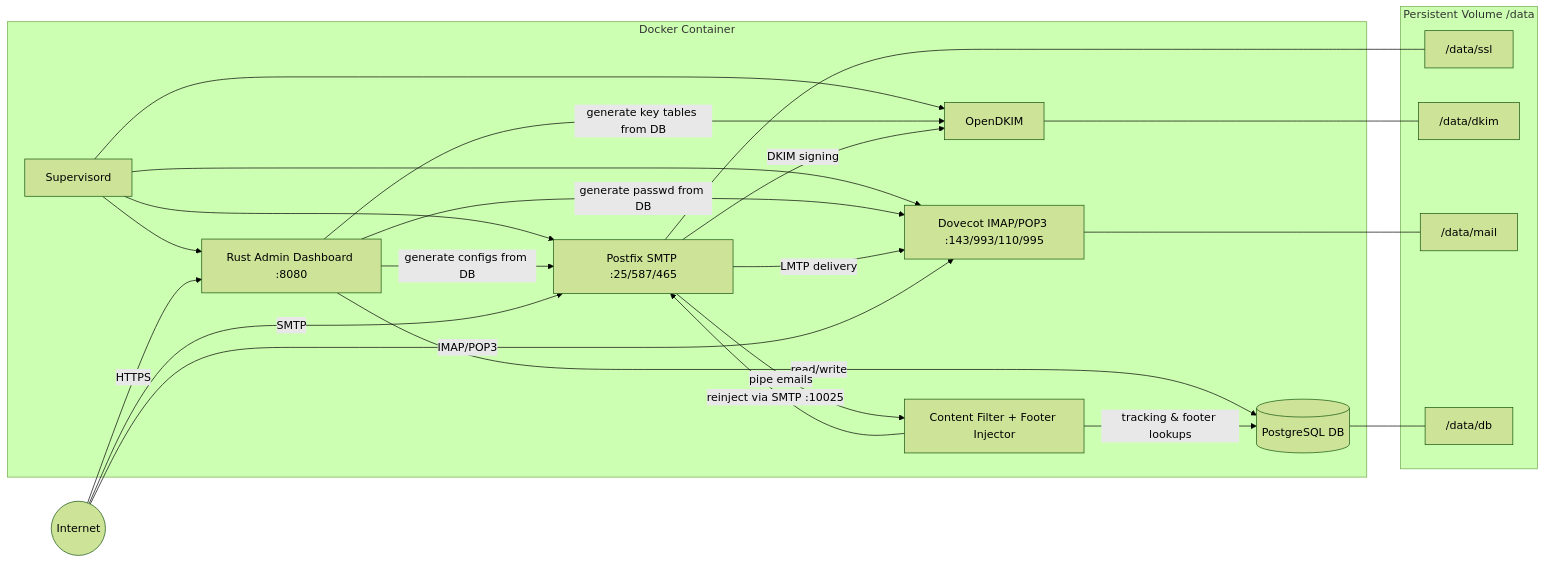
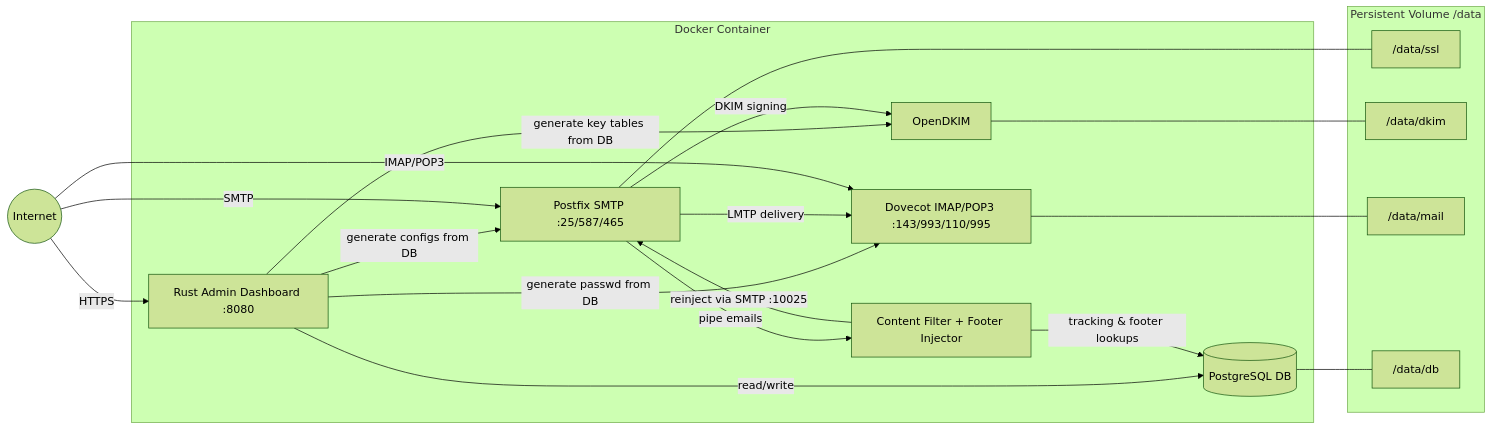
Before and after one commit to tayyebi/mailserver: the first of 2 diagrams in README.md, drawn with Mermaid (forest theme). The commit also changed other lines of this file and 5 other files, not shown here.

First line of the commit message:
Remove syslog and supervisord; configure direct logging for Postfix and Dovecot

````diff
--- a/README.md
+++ b/README.md
@@ -199,45 +199,39 @@
 ```mermaid
 graph LR
     Internet((Internet))
 
     subgraph Docker Container
-        Supervisor[Supervisord]
         Admin[Rust Admin Dashboard :8080]
         Filter[Content Filter + Footer Injector]
         Postfix[Postfix SMTP :25/587/465]
         Dovecot[Dovecot IMAP/POP3 :143/993/110/995]
         OpenDKIM[OpenDKIM]
         Postgres[(PostgreSQL DB)]
-
-        Supervisor --> Admin
-        Supervisor --> Postfix
-        Supervisor --> Dovecot
-        Supervisor --> OpenDKIM
 
         Admin -->|read/write| Postgres
         Filter -->|tracking & footer lookups| Postgres
         Admin -->|generate configs from DB| Postfix
         Admin -->|generate passwd from DB| Dovecot
         Admin -->|generate key tables from DB| OpenDKIM
         Postfix -->|DKIM signing| OpenDKIM
         Postfix -->|LMTP delivery| Dovecot
         Postfix -->|pipe emails| Filter
         Filter -->|reinject via SMTP :10025| Postfix
     end
 
     subgraph Persistent Volume /data
         SSL["/data/ssl"]
         DKIM["/data/dkim"]
         Mail["/data/mail"]
         DB["/data/db"]
     end
 
     Internet -->|SMTP| Postfix
     Internet -->|IMAP/POP3| Dovecot
     Internet -->|HTTPS| Admin
 
     Postgres --- DB
     Dovecot --- Mail
     Postfix --- SSL
     OpenDKIM --- DKIM
 ```
````
